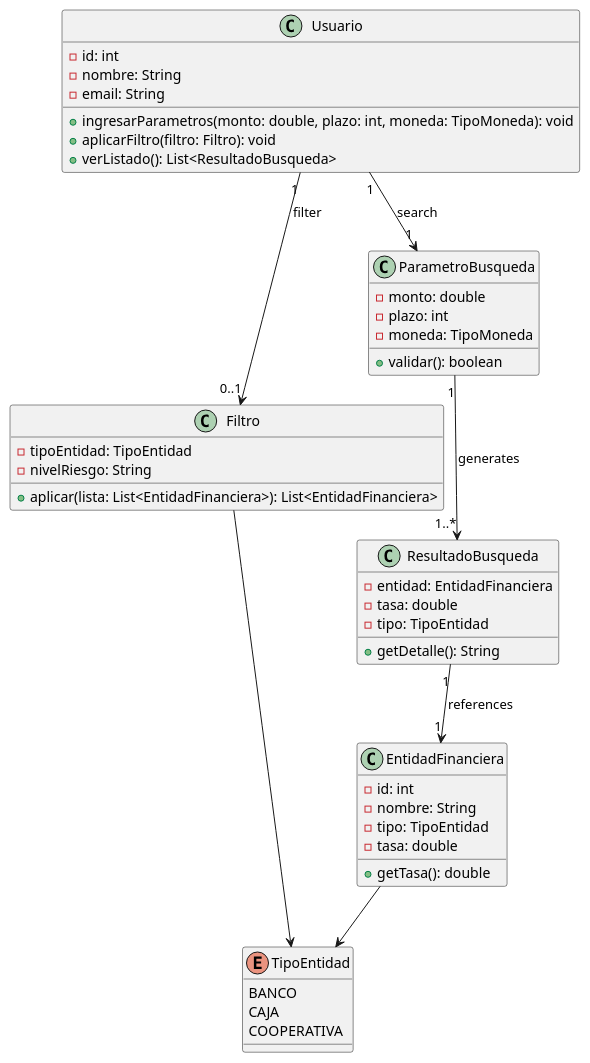
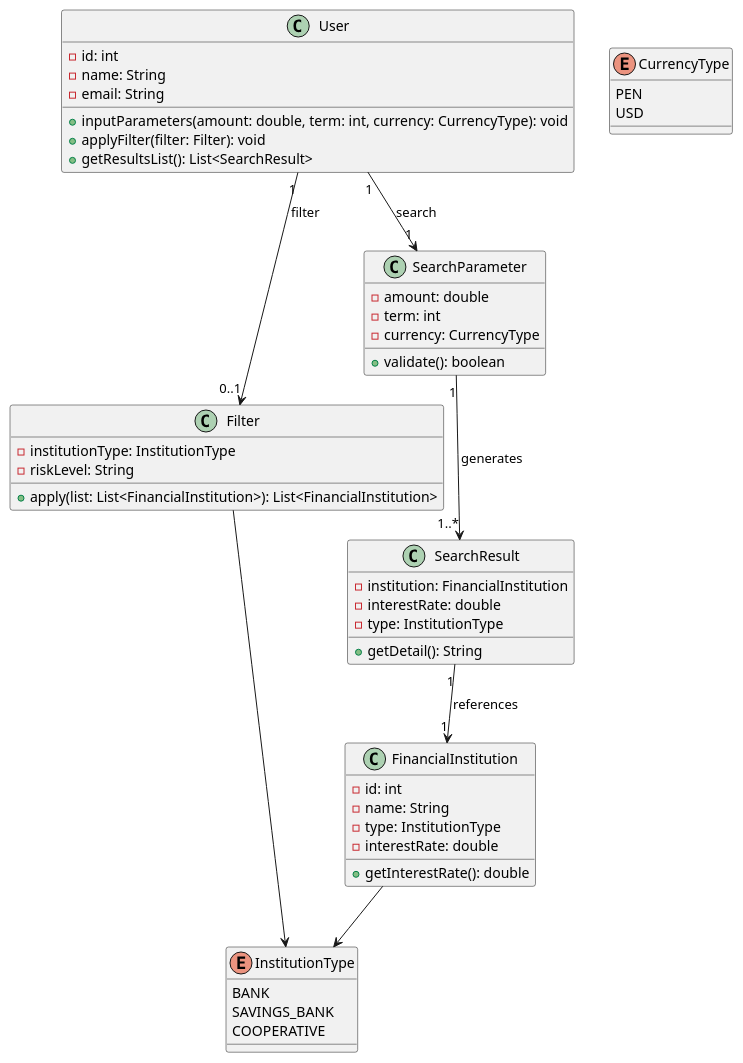
The diagram in 1B.puml (Rhoy16/yupay-finance-docs), drawn with PlantUML before and after one commit. The commit also changed 21 other files, not shown here.

Commit message:
Refactor UML diagrams: translate to English and apply standard naming conventions

```diff
--- a/1B.puml
+++ b/1B.puml
@@ -1,51 +1,58 @@
 @startuml
-class Usuario {
+
+class User {
     - id: int
-    - nombre: String
+    - name: String
     - email: String
-    + ingresarParametros(monto: double, plazo: int, moneda: TipoMoneda): void
-    + aplicarFiltro(filtro: Filtro): void
-    + verListado(): List<ResultadoBusqueda>
+    + inputParameters(amount: double, term: int, currency: CurrencyType): void
+    + applyFilter(filter: Filter): void
+    + getResultsList(): List<SearchResult>
 }
 
-class Filtro {
-    - tipoEntidad: TipoEntidad
-    - nivelRiesgo: String
-    + aplicar(lista: List<EntidadFinanciera>): List<EntidadFinanciera>
+class Filter {
+    - institutionType: InstitutionType
+    - riskLevel: String
+    + apply(list: List<FinancialInstitution>): List<FinancialInstitution>
 }
 
-class ParametroBusqueda {
-    - monto: double
-    - plazo: int
-    - moneda: TipoMoneda
-    + validar(): boolean
+class SearchParameter {
+    - amount: double
+    - term: int
+    - currency: CurrencyType
+    + validate(): boolean
 }
 
-class ResultadoBusqueda {
-    - entidad: EntidadFinanciera
-    - tasa: double
-    - tipo: TipoEntidad
-    + getDetalle(): String
+class SearchResult {
+    - institution: FinancialInstitution
+    - interestRate: double
+    - type: InstitutionType
+    + getDetail(): String
 }
 
-class EntidadFinanciera {
+class FinancialInstitution {
     - id: int
-    - nombre: String
-    - tipo: TipoEntidad
-    - tasa: double
-    + getTasa(): double
+    - name: String
+    - type: InstitutionType
+    - interestRate: double
+    + getInterestRate(): double
 }
 
-enum TipoEntidad {
-    BANCO
-    CAJA
-    COOPERATIVA
+enum InstitutionType {
+    BANK
+    SAVINGS_BANK
+    COOPERATIVE
 }
 
-Usuario "1" --> "0..1" Filtro : filter
-Usuario "1" --> "1" ParametroBusqueda : search
-ParametroBusqueda "1" --> "1..*" ResultadoBusqueda : generates
-ResultadoBusqueda "1" --> "1" EntidadFinanciera : references
-Filtro --> TipoEntidad
-EntidadFinanciera --> TipoEntidad
-@endum
+enum CurrencyType {
+    PEN
+    USD
+}
+
+User "1" --> "0..1" Filter : filter
+User "1" --> "1" SearchParameter : search
+SearchParameter "1" --> "1..*" SearchResult : generates
+SearchResult "1" --> "1" FinancialInstitution : references
+Filter --> InstitutionType
+FinancialInstitution --> InstitutionType
+
+@enduml
```
